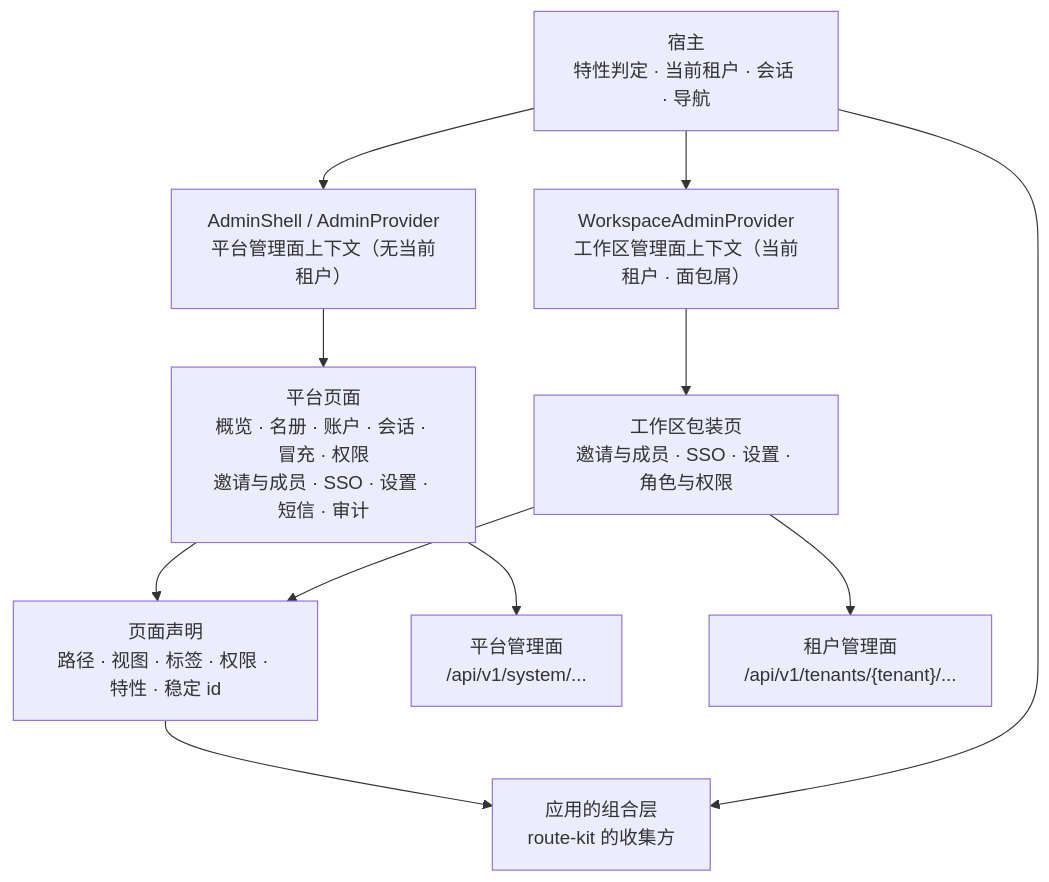
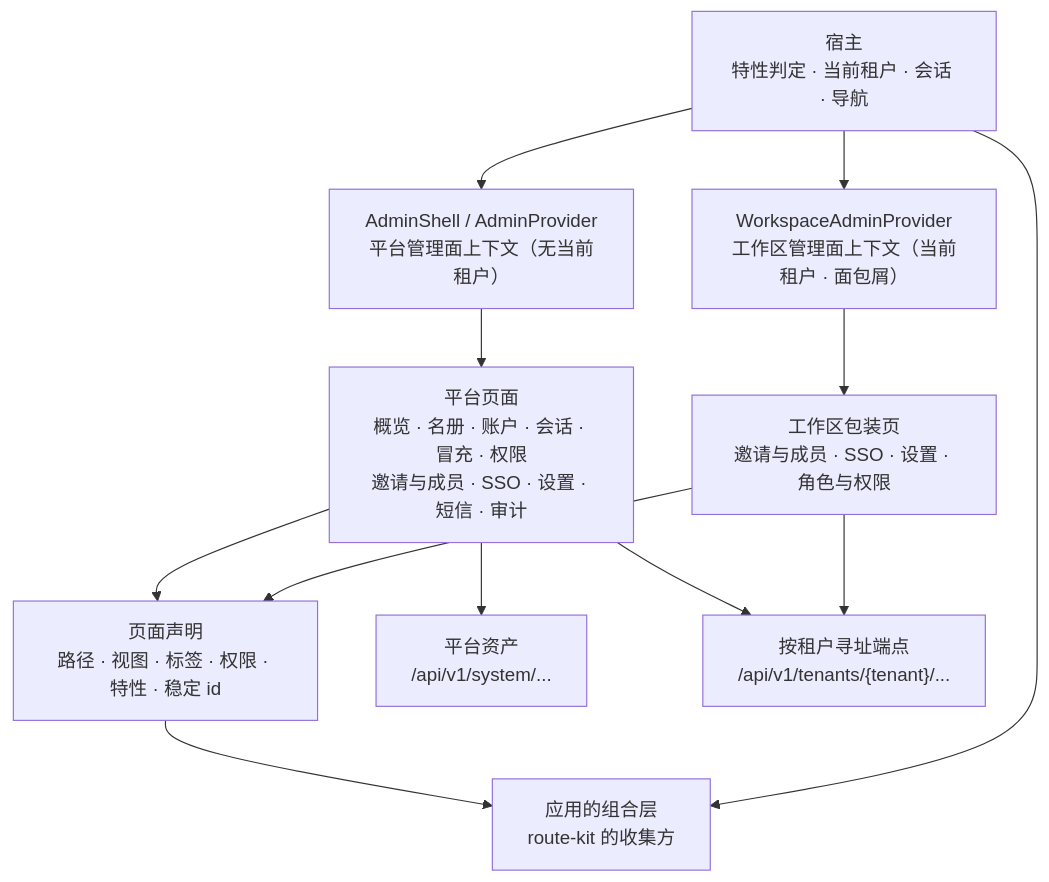
One commit to wangzw/speed changed the diagram in docs/design/modules/web/design-web-admin-ui.md. Above: the diagram before and after it, drawn with Mermaid. The commit also changed other lines of this file and 28 other files, not shown here.

````diff
--- a/docs/design/modules/web/design-web-admin-ui.md
+++ b/docs/design/modules/web/design-web-admin-ui.md
@@ -344,22 +350,23 @@
 ```mermaid
 graph TD
     host["宿主\n特性判定 · 当前租户 · 会话 · 导航"]
     collect["应用的组合层\nroute-kit 的收集方"]
     decl["页面声明\n路径 · 视图 · 标签 · 权限 · 特性 · 稳定 id"]
     pframe["AdminShell / AdminProvider\n平台管理面上下文（无当前租户）"]
     ppages["平台页面\n概览 · 名册 · 账户 · 会话 · 冒充 · 权限\n邀请与成员 · SSO · 设置 · 短信 · 审计"]
     wframe["WorkspaceAdminProvider\n工作区管理面上下文（当前租户 · 面包屑）"]
     wpages["工作区包装页\n邀请与成员 · SSO · 设置 · 角色与权限"]
-    papi["平台管理面\n/api/v1/system/..."]
-    tapi["租户管理面\n/api/v1/tenants/{tenant}/..."]
+    papi["平台资产\n/api/v1/system/..."]
+    tapi["按租户寻址端点\n/api/v1/tenants/{tenant}/..."]
     ppages --> decl
     wpages --> decl
     decl --> collect
     host --> pframe
     host --> wframe
     host --> collect
     pframe --> ppages
     wframe --> wpages
     ppages --> papi
+    ppages --> tapi
     wpages --> tapi
 ```
````
